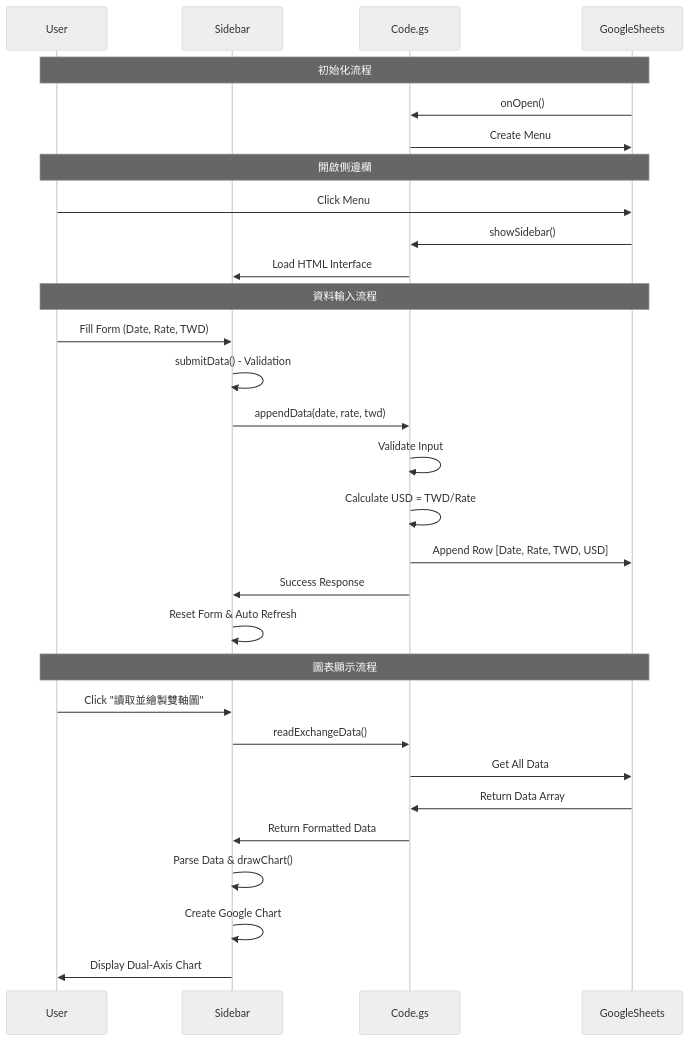
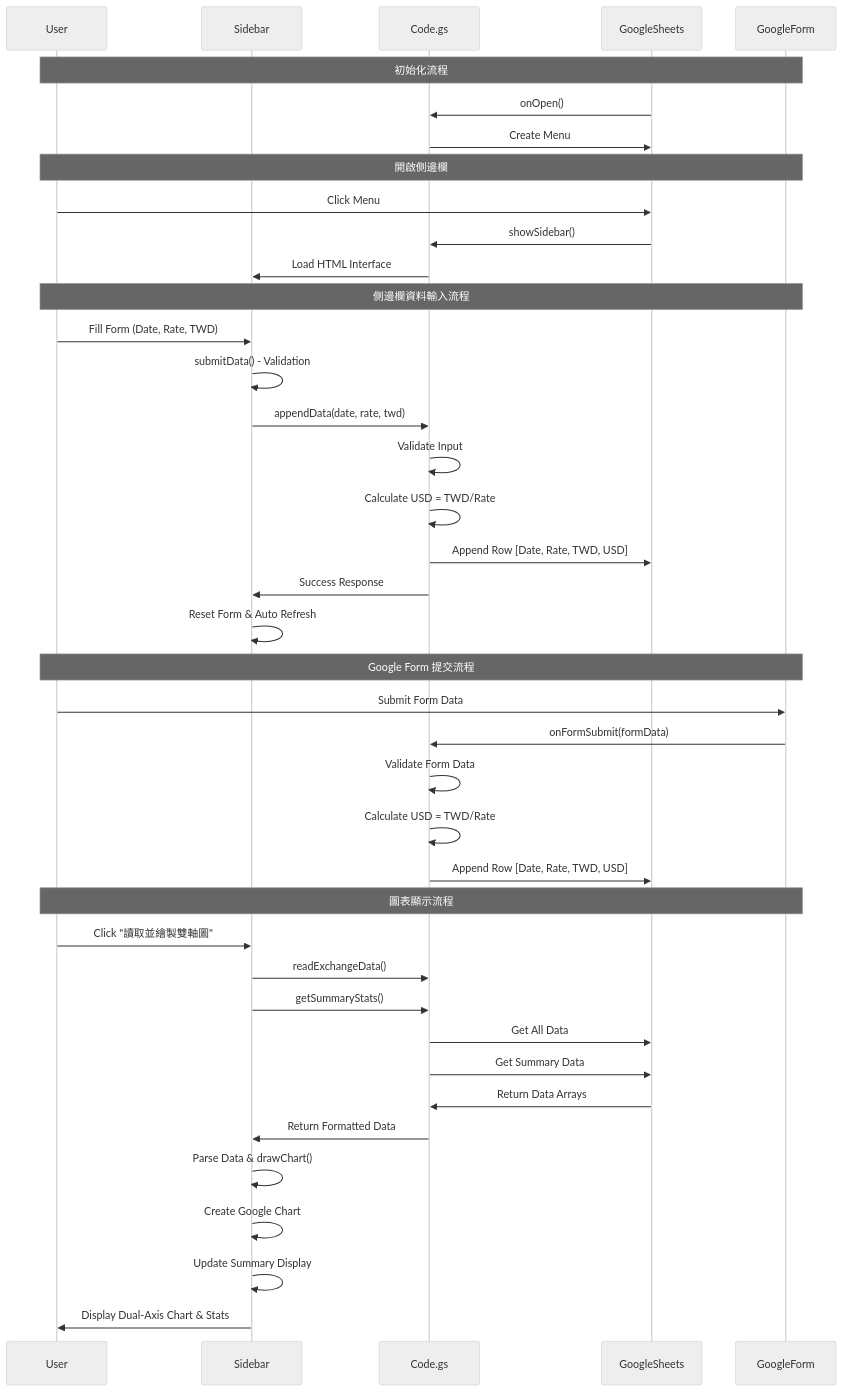
The second of 3 diagrams in README.md (DanielHo-BS/ExchangeRateDashboard), drawn with Mermaid (neutral theme) before and after one commit. The commit also changed other lines of this file and 2 other files, not shown here.

First line of the commit message:
Add Google Form integration and summary statistics functionality

````diff
--- a/README.md
+++ b/README.md
@@ -111,36 +139,47 @@
 ```mermaid
 sequenceDiagram
     participant User
     participant Sidebar
     participant Code.gs
     participant GoogleSheets
+    participant GoogleForm
     
-    Note over User,GoogleSheets: 初始化流程
+    Note over User,GoogleForm: 初始化流程
     GoogleSheets->>Code.gs: onOpen()
     Code.gs->>GoogleSheets: Create Menu
     
-    Note over User,GoogleSheets: 開啟側邊欄
+    Note over User,GoogleForm: 開啟側邊欄
     User->>GoogleSheets: Click Menu
     GoogleSheets->>Code.gs: showSidebar()
     Code.gs->>Sidebar: Load HTML Interface
     
-    Note over User,GoogleSheets: 資料輸入流程
+    Note over User,GoogleForm: 側邊欄資料輸入流程
     User->>Sidebar: Fill Form (Date, Rate, TWD)
     Sidebar->>Sidebar: submitData() - Validation
     Sidebar->>Code.gs: appendData(date, rate, twd)
     Code.gs->>Code.gs: Validate Input
     Code.gs->>Code.gs: Calculate USD = TWD/Rate
     Code.gs->>GoogleSheets: Append Row [Date, Rate, TWD, USD]
     Code.gs->>Sidebar: Success Response
     Sidebar->>Sidebar: Reset Form & Auto Refresh
     
-    Note over User,GoogleSheets: 圖表顯示流程
+    Note over User,GoogleForm: Google Form 提交流程
+    User->>GoogleForm: Submit Form Data
+    GoogleForm->>Code.gs: onFormSubmit(formData)
+    Code.gs->>Code.gs: Validate Form Data
+    Code.gs->>Code.gs: Calculate USD = TWD/Rate
+    Code.gs->>GoogleSheets: Append Row [Date, Rate, TWD, USD]
+    
+    Note over User,GoogleForm: 圖表顯示流程
     User->>Sidebar: Click "讀取並繪製雙軸圖"
     Sidebar->>Code.gs: readExchangeData()
+    Sidebar->>Code.gs: getSummaryStats()
     Code.gs->>GoogleSheets: Get All Data
-    GoogleSheets->>Code.gs: Return Data Array
+    Code.gs->>GoogleSheets: Get Summary Data
+    GoogleSheets->>Code.gs: Return Data Arrays
     Code.gs->>Sidebar: Return Formatted Data
     Sidebar->>Sidebar: Parse Data & drawChart()
     Sidebar->>Sidebar: Create Google Chart
-    Sidebar->>User: Display Dual-Axis Chart
+    Sidebar->>Sidebar: Update Summary Display
+    Sidebar->>User: Display Dual-Axis Chart & Stats
 ```
````
